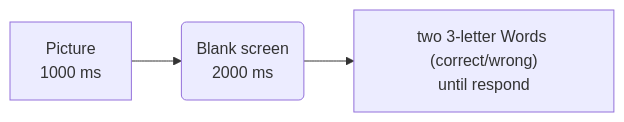
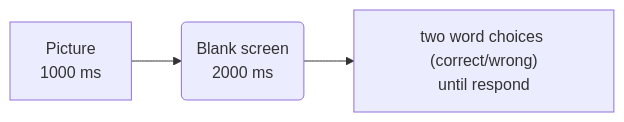
One commit to Plausma/Dyslexia changed the diagram in readme.md. Above: the diagram before and after it, drawn with Mermaid. The commit also changed other lines of this file and 5 other files, not shown here.

````diff
--- a/readme.md
+++ b/readme.md
@@ -14,5 +14,5 @@
 ```mermaid
 flowchart LR
 A[Picture <br/>1000 ms] --> B(Blank screen<br/>2000 ms)
-B --> C["two 3-letter Words (correct/wrong)<br/>until respond"]
+B --> C["two word choices (correct/wrong)<br/>until respond"]
 ```
````
